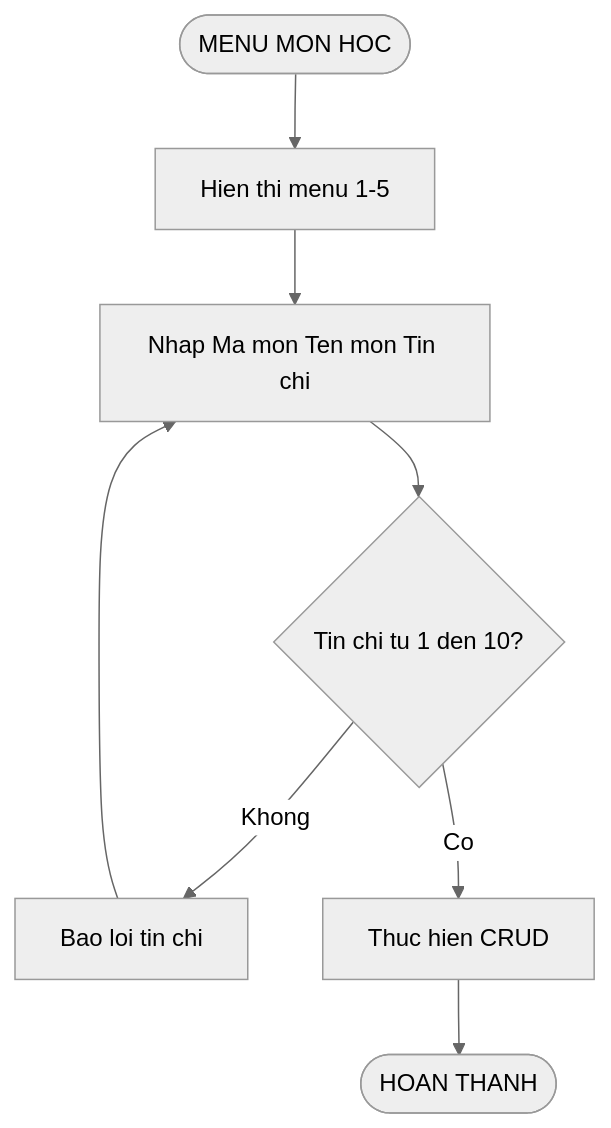
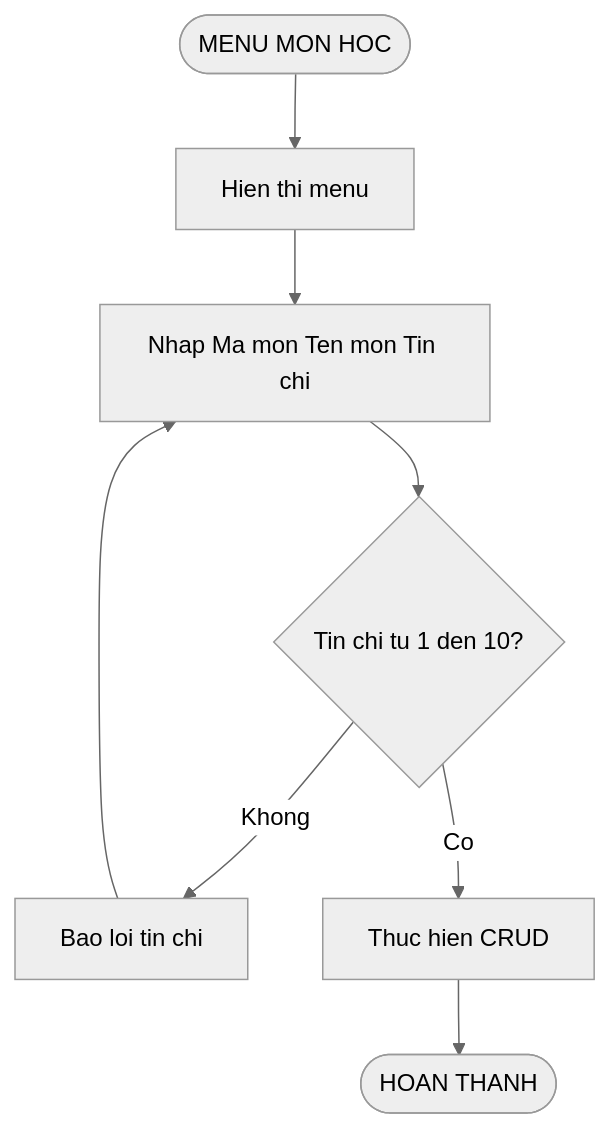
Diagram 12 of 20 in docs/Flowcharts/Flowcharts.md (phucphuc2006/pro-192), drawn with Mermaid (neutral theme) before and after one commit. The commit also changed other lines of this file, not shown here.

Commit message:
Fix Mermaid: add quotes to all labels for GitHub compatibility

````diff
--- a/docs/Flowcharts/Flowcharts.md
+++ b/docs/Flowcharts/Flowcharts.md
@@ -217,10 +192,10 @@
 ```mermaid
 flowchart TD
-    A([MENU MON HOC]) --> B[Hien thi menu 1-5]
-    B --> C[Nhap Ma mon Ten mon Tin chi]
-    C --> D{Tin chi tu 1 den 10?}
-    D -->|Khong| E[Bao loi tin chi]
+    A(["MENU MON HOC"]) --> B["Hien thi menu"]
+    B --> C["Nhap Ma mon Ten mon Tin chi"]
+    C --> D{"Tin chi tu 1 den 10?"}
+    D -->|Khong| E["Bao loi tin chi"]
     E --> C
-    D -->|Co| F[Thuc hien CRUD]
-    F --> G([HOAN THANH])
+    D -->|Co| F["Thuc hien CRUD"]
+    F --> G(["HOAN THANH"])
 ```
````
